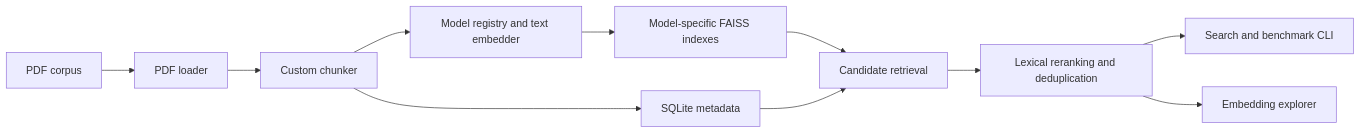
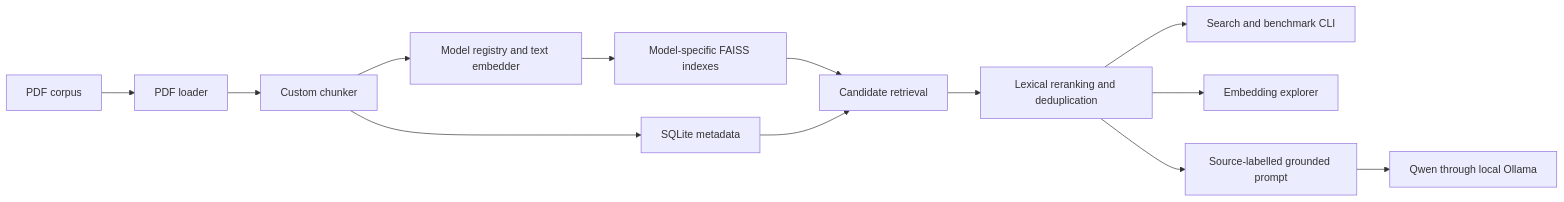
Before and after one commit to TomiHeikkinen96/Embedded-Rag-Evaluation-Platform: the diagram in docs/architecture.md, drawn with Mermaid. The commit also changed other lines of this file and 13 other files, not shown here.

````diff
--- a/docs/architecture.md
+++ b/docs/architecture.md
@@ -14,13 +15,15 @@
 ```mermaid
 flowchart LR
     PDF["PDF corpus"] --> LOADER["PDF loader"]
     LOADER --> CHUNKER["Custom chunker"]
     CHUNKER --> EMBEDDER["Model registry and text embedder"]
     EMBEDDER --> FAISS["Model-specific FAISS indexes"]
     CHUNKER --> DB["SQLite metadata"]
     FAISS --> RETRIEVE["Candidate retrieval"]
     DB --> RETRIEVE
     RETRIEVE --> RERANK["Lexical reranking and deduplication"]
     RERANK --> CLI["Search and benchmark CLI"]
     RERANK --> VIZ["Embedding explorer"]
+    RERANK --> GROUNDED["Source-labelled grounded prompt"]
+    GROUNDED --> OLLAMA["Qwen through local Ollama"]
 ```
````
